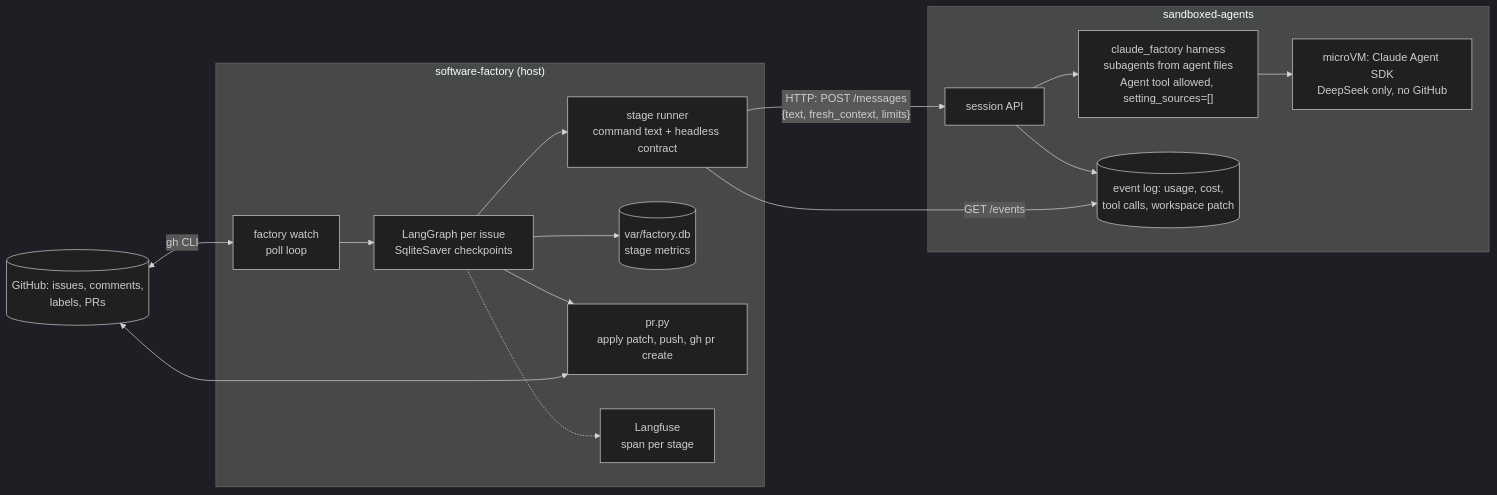
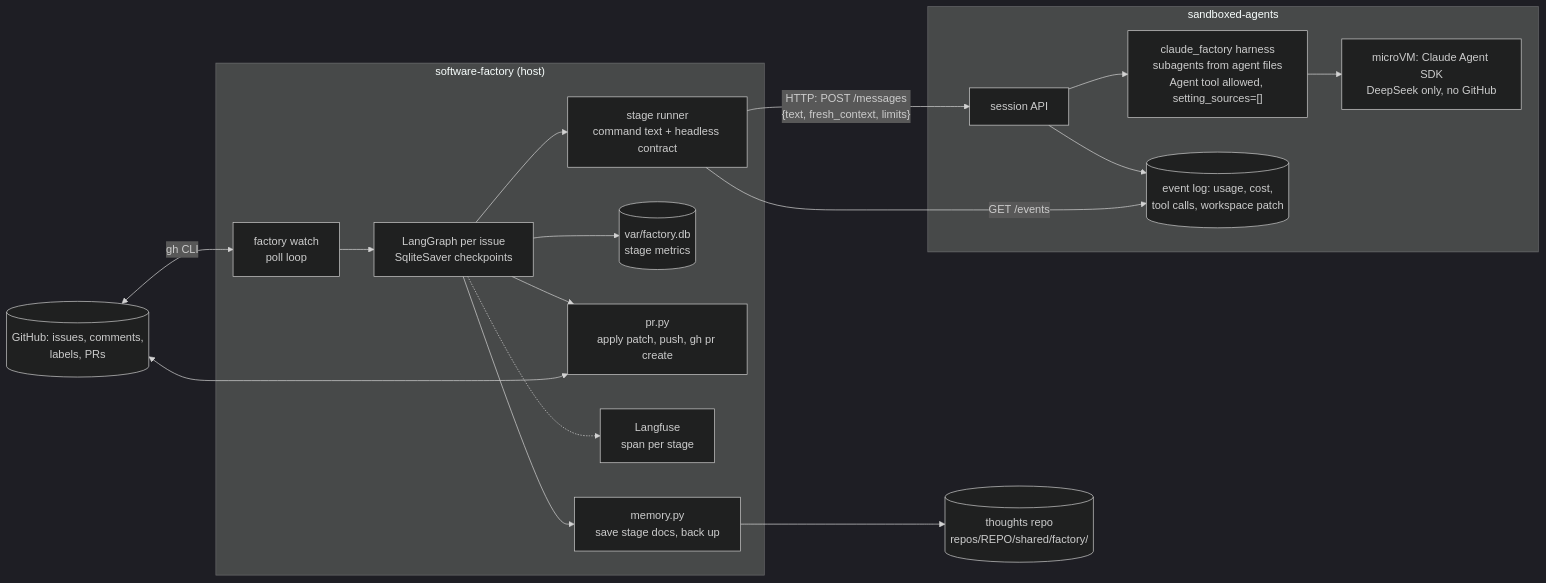
The second of 3 diagrams in README.md (morri5/software-factory), drawn with Mermaid (dark theme) before and after one commit. The commit also changed other lines of this file and 1 other file, not shown here.

Commit message:
docs: describe the stage document memory

````diff
--- a/README.md
+++ b/README.md
@@ -40,19 +44,21 @@
 ```mermaid
 flowchart LR
     subgraph HOST["software-factory (host)"]
         W[factory watch<br/>poll loop] --> G[LangGraph per issue<br/>SqliteSaver checkpoints]
         G --> ST[stage runner<br/>command text + headless contract]
         G --> M[(var/factory.db<br/>stage metrics)]
         G --> PR[pr.py<br/>apply patch, push, gh pr create]
         G -.-> LF[Langfuse<br/>span per stage]
+        G --> MEM[memory.py<br/>save stage docs, back up]
     end
+    MEM --> TH[("thoughts repo<br/>repos/REPO/shared/factory/")]
     GH[(GitHub: issues, comments,<br/>labels, PRs)] <-->|gh CLI| W
     GH <--> PR
     ST -->|"HTTP: POST /messages<br/>{text, fresh_context, limits}"| API
     subgraph SAL["sandboxed-agents"]
         API[session API] --> H["claude_factory harness<br/>subagents from agent files<br/>Agent tool allowed, setting_sources=[]"]
         H --> VM[microVM: Claude Agent SDK<br/>DeepSeek only, no GitHub]
         API --> LOG[(event log: usage, cost,<br/>tool calls, workspace patch)]
     end
     ST -->|"GET /events"| LOG
 ```
````
